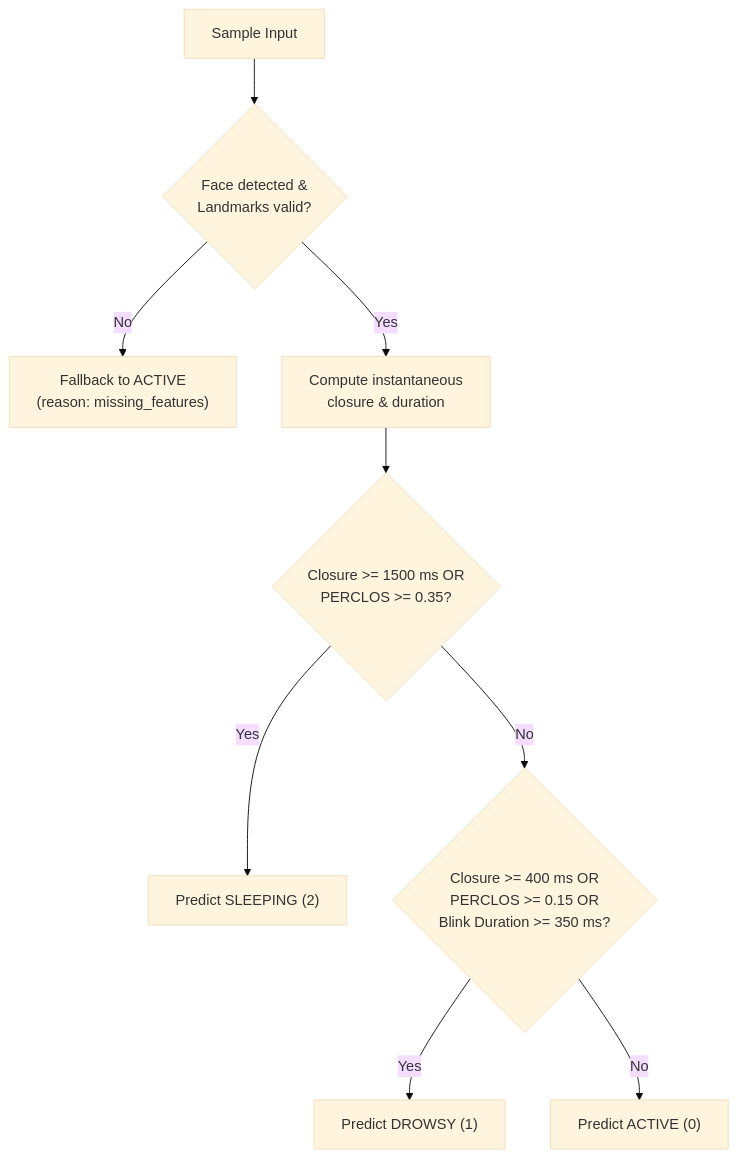
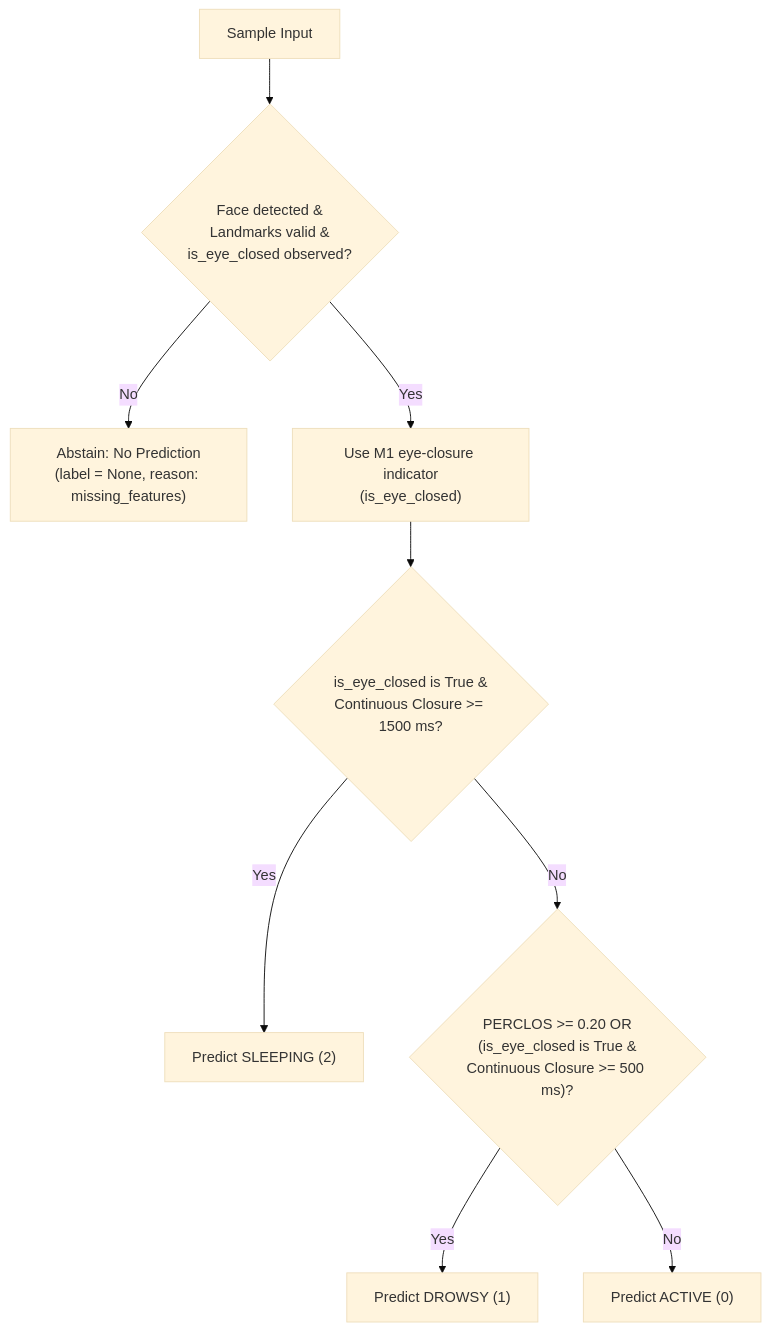
One commit to phoclosm/vigil-drowsiness-detection changed the diagram in docs/m2-rule-baseline.md. Above: the diagram before and after it, drawn with Mermaid (base theme). The commit also changed other lines of this file and 6 other files, not shown here.

````diff
--- a/docs/m2-rule-baseline.md
+++ b/docs/m2-rule-baseline.md
@@ -29,11 +34,11 @@
 ```mermaid
 graph TD
-    A["Sample Input"] --> B{"Face detected &<br>Landmarks valid?"}
-    B -- No --> C["Fallback to ACTIVE<br>(reason: missing_features)"]
-    B -- Yes --> D["Compute instantaneous<br>closure & duration"]
-    D --> E{"Closure >= 1500 ms OR<br>PERCLOS >= 0.35?"}
+    A["Sample Input"] --> B{"Face detected &<br>Landmarks valid &<br>is_eye_closed observed?"}
+    B -- No --> C["Abstain: No Prediction<br>(label = None, reason: missing_features)"]
+    B -- Yes --> D["Use M1 eye-closure indicator<br>(is_eye_closed)"]
+    D --> E{"is_eye_closed is True &<br>Continuous Closure >= 1500 ms?"}
     E -- Yes --> F["Predict SLEEPING (2)"]
-    E -- No --> G{"Closure >= 400 ms OR<br>PERCLOS >= 0.15 OR<br>Blink Duration >= 350 ms?"}
+    E -- No --> G{"PERCLOS >= 0.20 OR<br>(is_eye_closed is True &<br>Continuous Closure >= 500 ms)?"}
     G -- Yes --> H["Predict DROWSY (1)"]
     G -- No --> I["Predict ACTIVE (0)"]
 ```
````
